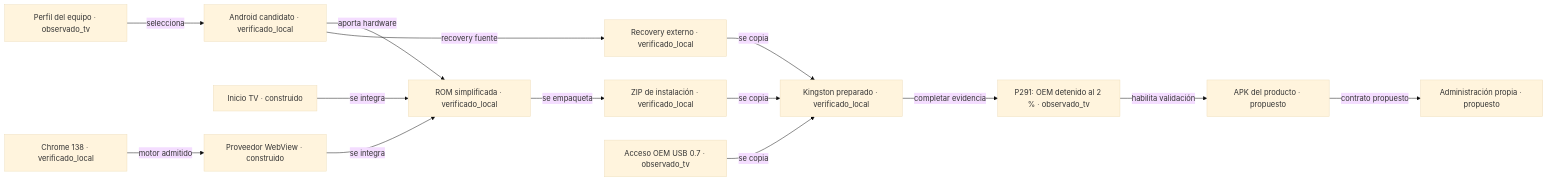
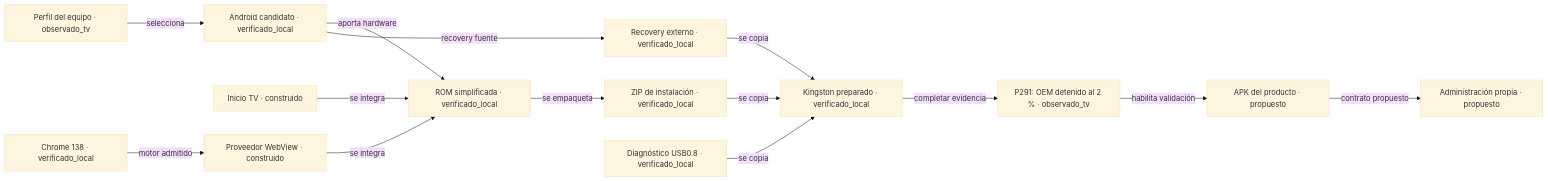
Before and after one commit to tablerosapp-ctrl/mxqpro4k: the diagram in docs/MAPA-ARCHIVOS.md, drawn with Mermaid (base theme). The commit also changed other lines of this file and 45 other files, not shown here.

````diff
--- a/docs/MAPA-ARCHIVOS.md
+++ b/docs/MAPA-ARCHIVOS.md
@@ -7,29 +7,29 @@
 ```mermaid
 flowchart LR
     C_PERFIL["Perfil del equipo · observado_tv"]
     C_BASE["Android candidato · verificado_local"]
     C_CHROME["Chrome 138 · verificado_local"]
     C_INICIO["Inicio TV · construido"]
     C_ROM["ROM simplificada · verificado_local"]
     C_WEB["Proveedor WebView · construido"]
     C_ZIP["ZIP de instalación · verificado_local"]
     C_REC["Recovery externo · verificado_local"]
-    C_ENTRY["Acceso OEM USB 0.7 · observado_tv"]
+    C_ENTRY["Diagnóstico USB0.8 · verificado_local"]
     C_USB["Kingston preparado · verificado_local"]
     C_TV["P291: OEM detenido al 2 % · observado_tv"]
     C_APP["APK del producto · propuesto"]
     C_GESTION["Administración propia · propuesto"]
     C_PERFIL -->|"selecciona"| C_BASE
     C_BASE -->|"aporta hardware"| C_ROM
     C_CHROME -->|"motor admitido"| C_WEB
     C_INICIO -->|"se integra"| C_ROM
     C_WEB -->|"se integra"| C_ROM
     C_ROM -->|"se empaqueta"| C_ZIP
     C_BASE -->|"recovery fuente"| C_REC
     C_ZIP -->|"se copia"| C_USB
     C_REC -->|"se copia"| C_USB
     C_ENTRY -->|"se copia"| C_USB
     C_USB -->|"completar evidencia"| C_TV
     C_TV -->|"habilita validación"| C_APP
     C_APP -->|"contrato propuesto"| C_GESTION
 ```
````
